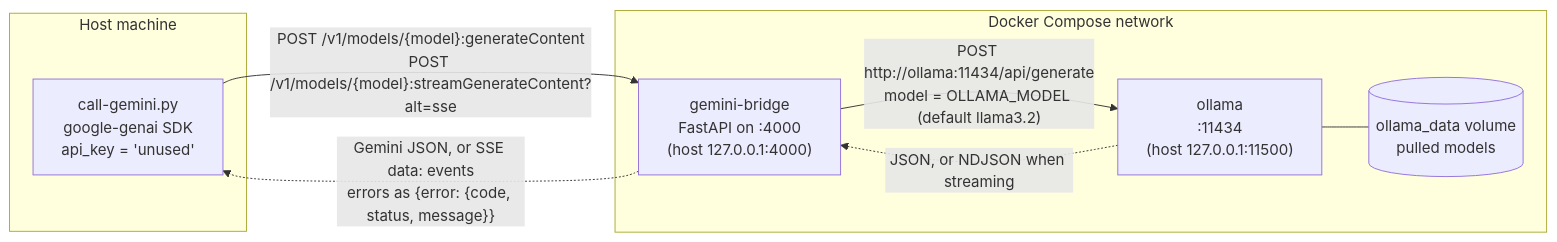
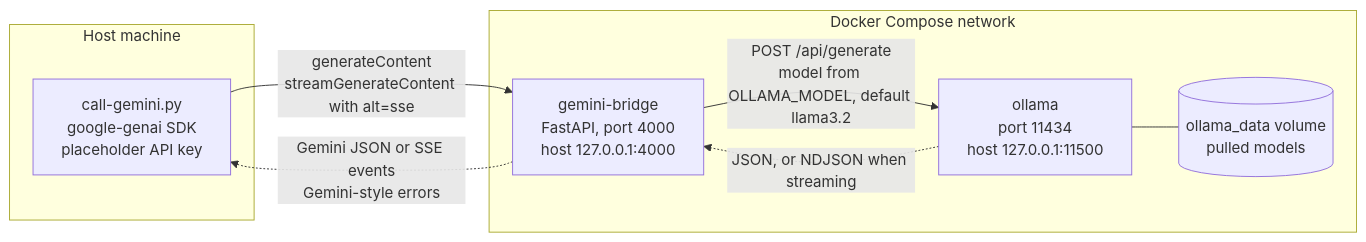
One commit to sIldefonsoRR/local-gemini changed the diagram in README.md. Above: the diagram before and after it, drawn with Mermaid. The commit also changed other lines of this file, not shown here.

Commit message:
Fix Mermaid parse error in README architecture diagram
Remove curly braces, parentheses, question marks and nested quotes from
the diagram labels, which Mermaid's parser can misread as shape
delimiters. The full route paths move to the walkthrough text below the
diagram.

````diff
--- a/README.md
+++ b/README.md
@@ -9,18 +9,18 @@
 ```mermaid
 flowchart LR
     subgraph host["Host machine"]
-        client["call-gemini.py<br/>google-genai SDK<br/>api_key = 'unused'"]
+        client["call-gemini.py<br/>google-genai SDK<br/>placeholder API key"]
     end
 
     subgraph compose["Docker Compose network"]
-        bridge["gemini-bridge<br/>FastAPI on :4000<br/>(host 127.0.0.1:4000)"]
-        ollama["ollama<br/>:11434<br/>(host 127.0.0.1:11500)"]
+        bridge["gemini-bridge<br/>FastAPI, port 4000<br/>host 127.0.0.1:4000"]
+        ollama["ollama<br/>port 11434<br/>host 127.0.0.1:11500"]
         volume[("ollama_data volume<br/>pulled models")]
     end
 
-    client -->|"POST /v1/models/{model}:generateContent<br/>POST /v1/models/{model}:streamGenerateContent?alt=sse"| bridge
-    bridge -->|"POST http://ollama:11434/api/generate<br/>model = OLLAMA_MODEL (default llama3.2)"| ollama
+    client -->|"generateContent<br/>streamGenerateContent with alt=sse"| bridge
+    bridge -->|"POST /api/generate<br/>model from OLLAMA_MODEL, default llama3.2"| ollama
     ollama -.->|"JSON, or NDJSON when streaming"| bridge
-    bridge -.->|"Gemini JSON, or SSE data: events<br/>errors as {error: {code, status, message}}"| client
+    bridge -.->|"Gemini JSON or SSE events<br/>Gemini-style errors"| client
     ollama --- volume
 ```
````
